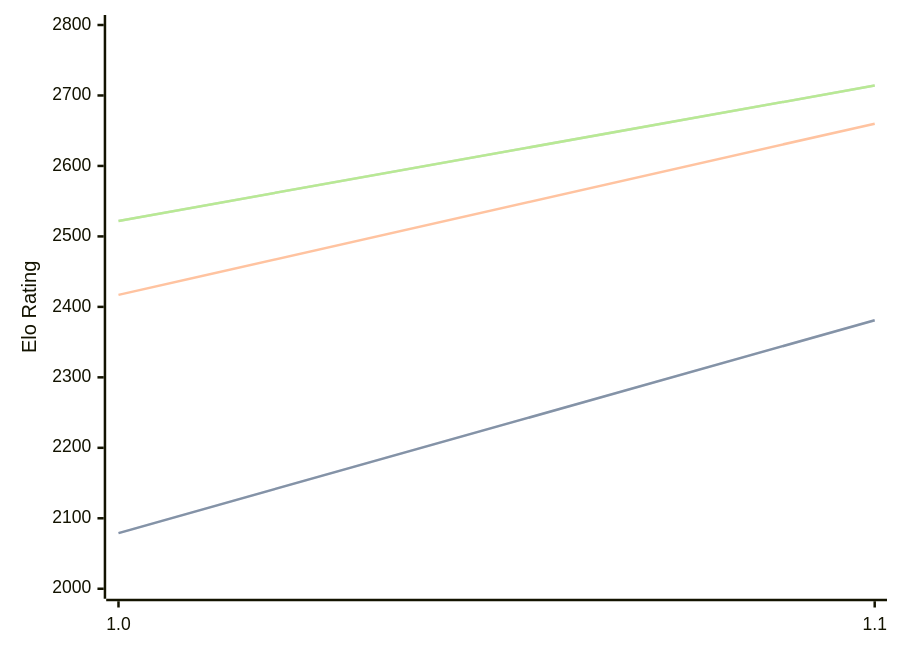
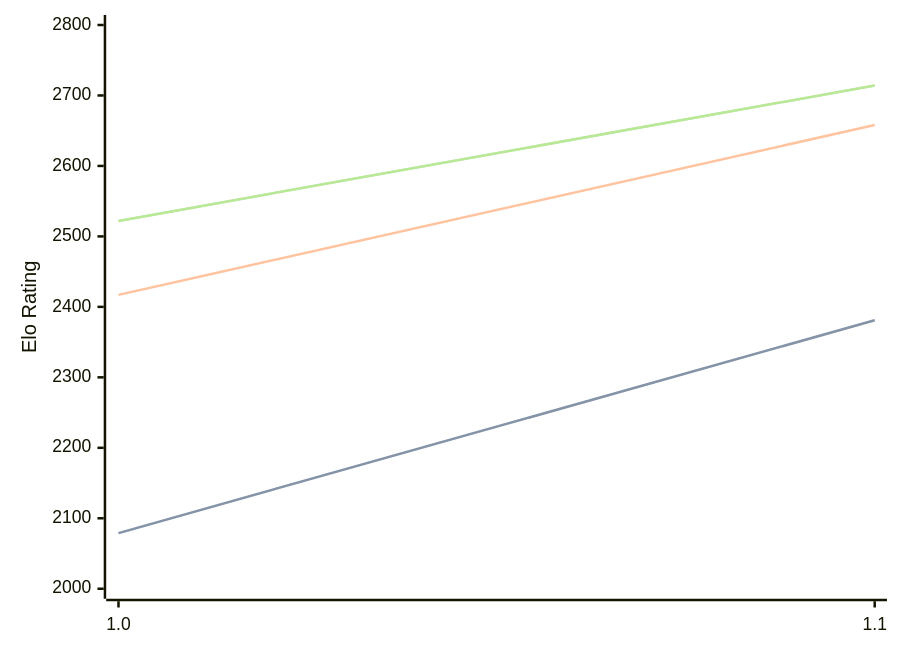
Before and after one commit to computer-chess-index/cci: the diagram in engines/Erinn.md, drawn with Mermaid. The commit also changed other lines of this file, not shown here.

````diff
--- a/engines/Erinn.md
+++ b/engines/Erinn.md
@@ -32,11 +32,11 @@
 ```mermaid
 %%{init: {"theme":"base","themeVariables":{"seriesColors:['#a3a3a3','#222221','#faa371']}}}%%
 xychart-beta
   x-axis ["1.0", "1.1"]
   y-axis "Elo Rating" 2000 --> 2800
   line "STC (8.0+0.08s)" [2079, 2381]
   line "STC (8.0+0.08s)" [2079, 2381]
-  line "LTC (60.0+0.60s)" [2417, 2660]
+  line "LTC (60.0+0.60s)" [2417, 2658]
   line "VLTC (2m24s+1.12s)" [2522, 2714]
   line "VLTC (2m24s+1.12s)" [2522, 2714]
 ```
````
